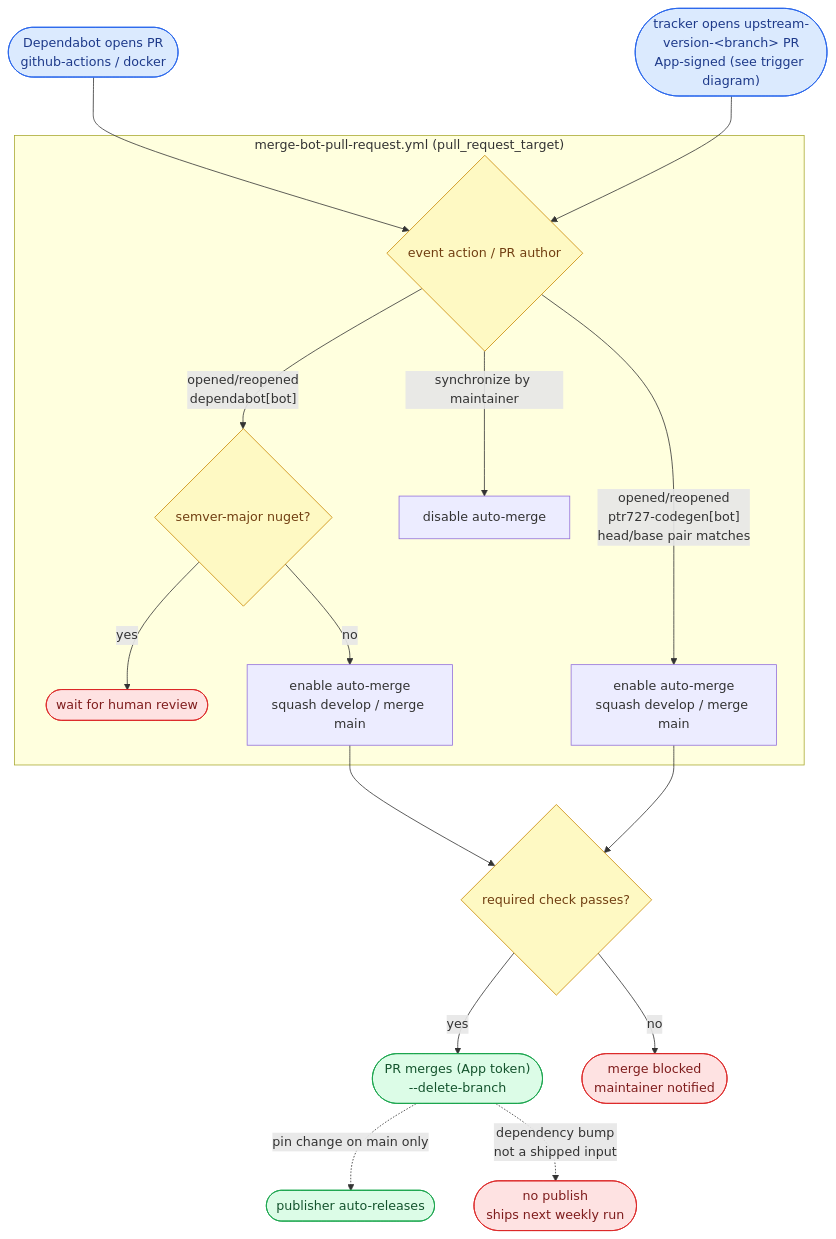
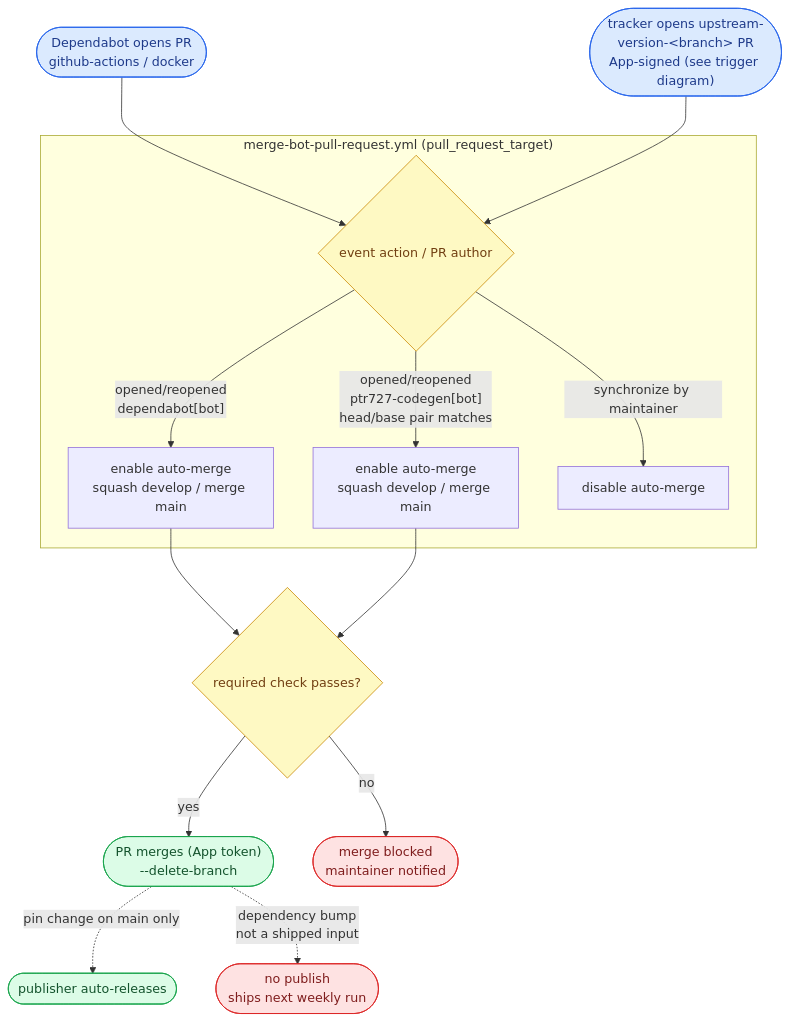
One commit to ptr727/ESPHome-NonRoot changed the third of 4 diagrams in WORKFLOW.md. Above: the diagram before and after it, drawn with Mermaid. The commit also changed other lines of this file and 1 other file, not shown here.

First line of the commit message:
ci: auto-merge every Dependabot tier (drop semver-major skip)

````diff
--- a/WORKFLOW.md
+++ b/WORKFLOW.md
@@ -290,24 +289,22 @@
 ```mermaid
 flowchart TD
     DEP(["Dependabot opens PR<br/>github-actions / docker"]):::trig --> MB
     TRK(["tracker opens upstream-version-&lt;branch&gt; PR<br/>App-signed (see trigger diagram)"]):::trig --> MB
     subgraph MBT ["merge-bot-pull-request.yml (pull_request_target)"]
         MB{"event action / PR author"}:::gate
-        MB -- "opened/reopened<br/>dependabot[bot]" --> END{"semver-major nuget?"}:::gate
-        END -- "yes" --> HUM(["wait for human review"]):::stop
-        END -- "no" --> ENA["enable auto-merge<br/>squash develop / merge main"]
+        MB -- "opened/reopened<br/>dependabot[bot]" --> ENA["enable auto-merge<br/>squash develop / merge main"]
         MB -- "opened/reopened<br/>ptr727-codegen[bot]<br/>head/base pair matches" --> ENU["enable auto-merge<br/>squash develop / merge main"]
         MB -- "synchronize by maintainer" --> DIS["disable auto-merge"]
     end
     ENA --> CK
     ENU --> CK
     CK{"required check passes?"}:::gate
     CK -- "yes" --> MRG(["PR merges (App token)<br/>--delete-branch"]):::pub
     CK -- "no" --> BLK(["merge blocked<br/>maintainer notified"]):::stop
     MRG -. "pin change on main only" .-> PUBR(["publisher auto-releases"]):::pub
     MRG -. "dependency bump<br/>not a shipped input" .-> NOPUB(["no publish<br/>ships next weekly run"]):::stop
     classDef trig fill:#dbeafe,stroke:#2563eb,color:#1e3a8a
     classDef gate fill:#fef9c3,stroke:#ca8a04,color:#713f12
     classDef pub fill:#dcfce7,stroke:#16a34a,color:#14532d
     classDef stop fill:#fee2e2,stroke:#dc2626,color:#7f1d1d
 ```
````
